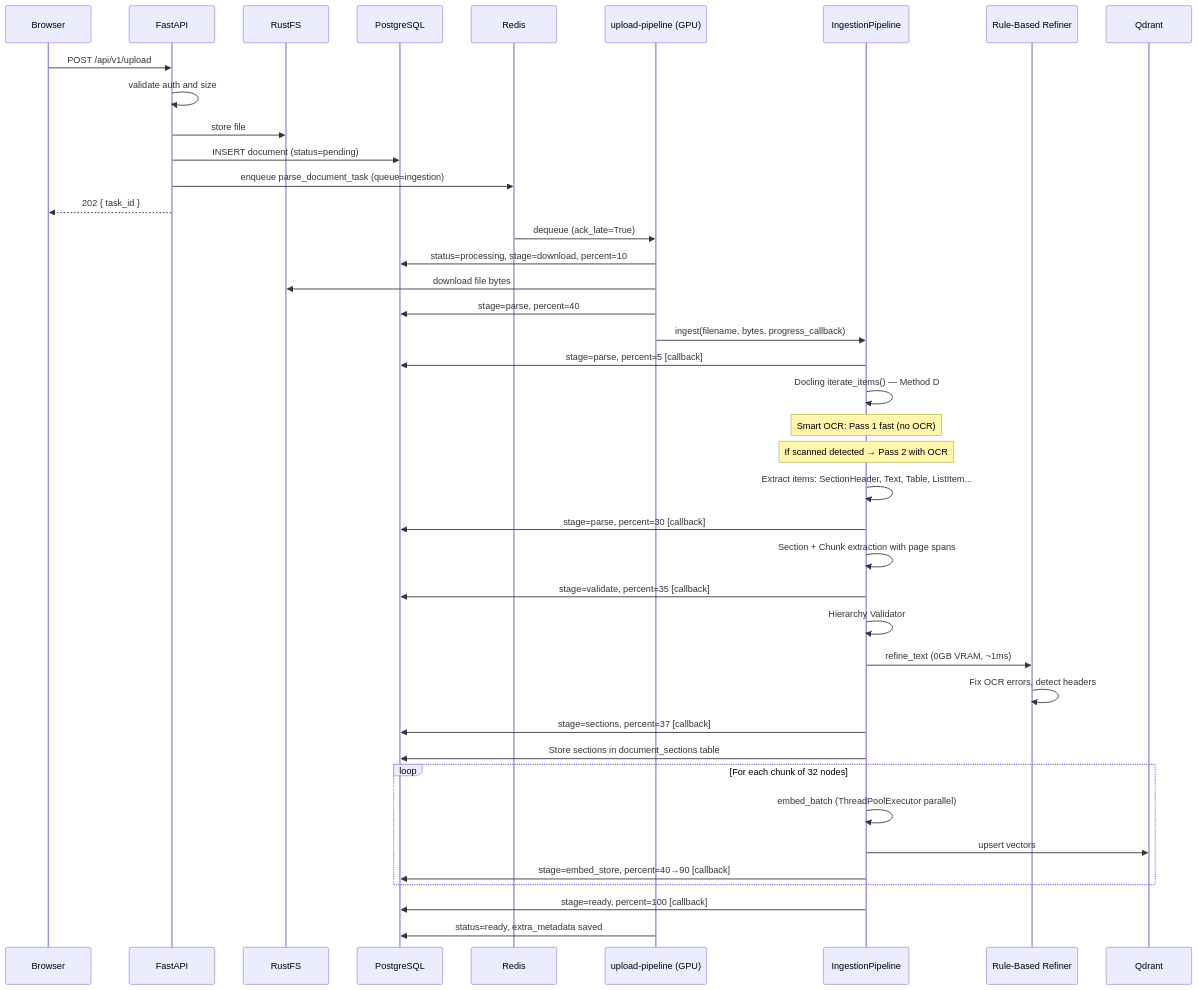
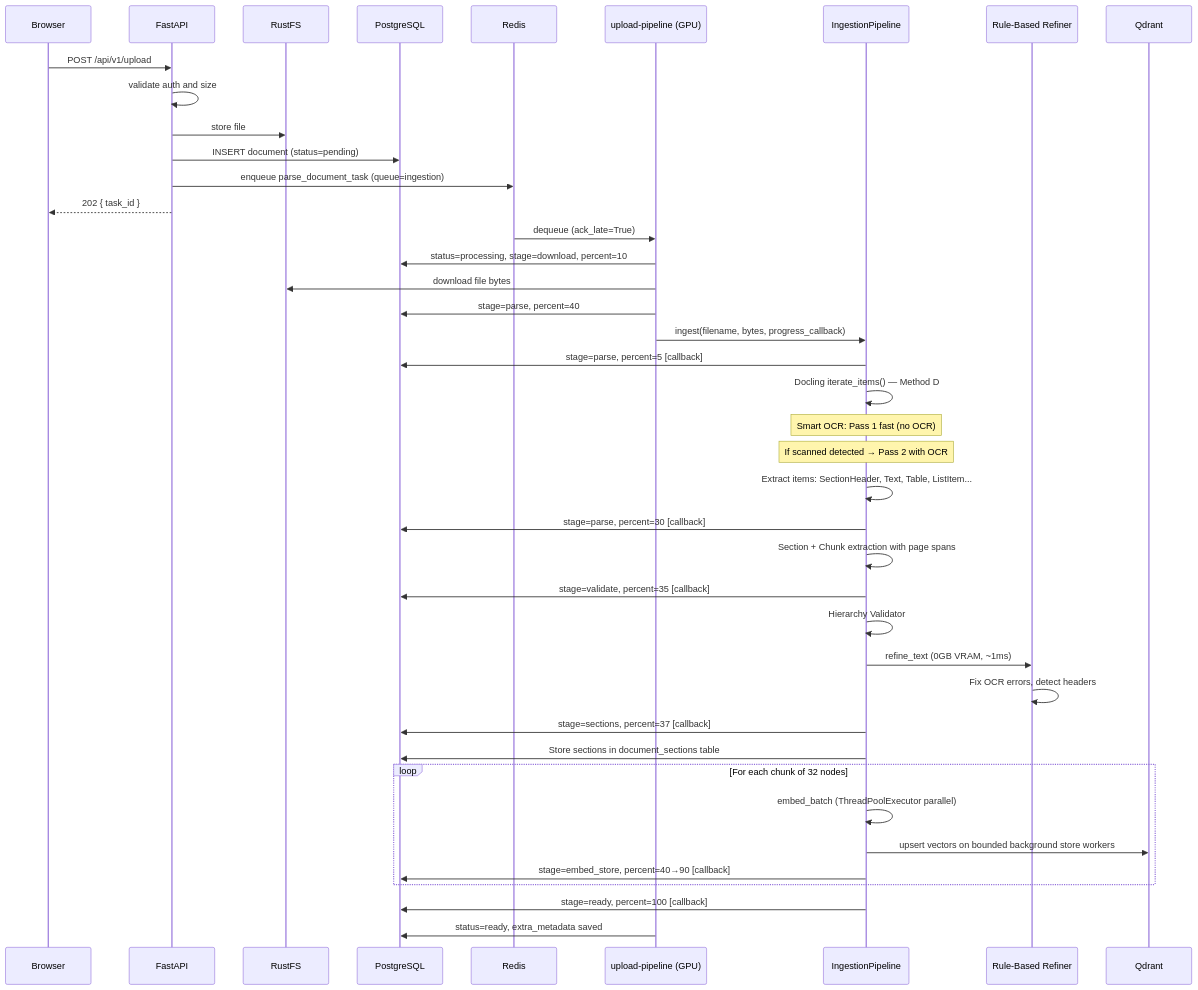
Before and after one commit to qtuanph/chatbot-rag: the first of 4 diagrams in docs/03_CORE_WORKFLOWS.md, drawn with Mermaid. The commit also changed other lines of this file and 18 other files, not shown here.

````diff
--- a/docs/03_CORE_WORKFLOWS.md
+++ b/docs/03_CORE_WORKFLOWS.md
@@ -7,49 +7,49 @@
 ```mermaid
 sequenceDiagram
     participant Browser
     participant API as FastAPI
     participant RustFS
     participant DB as PostgreSQL
     participant Redis
     participant Worker as upload-pipeline (GPU)
     participant Pipeline as IngestionPipeline
     participant Refiner as Rule-Based Refiner
     participant Qdrant
 
     Browser->>API: POST /api/v1/upload
     API->>API: validate auth and size
     API->>RustFS: store file
     API->>DB: INSERT document (status=pending)
     API->>Redis: enqueue parse_document_task (queue=ingestion)
     API-->>Browser: 202 { task_id }
 
     Redis->>Worker: dequeue (ack_late=True)
     Worker->>DB: status=processing, stage=download, percent=10
     Worker->>RustFS: download file bytes
 
     Worker->>DB: stage=parse, percent=40
     Worker->>Pipeline: ingest(filename, bytes, progress_callback)
 
     Pipeline->>DB: stage=parse, percent=5  [callback]
     Pipeline->>Pipeline: Docling iterate_items() — Method D
     Note over Pipeline: Smart OCR: Pass 1 fast (no OCR)
     Note over Pipeline: If scanned detected → Pass 2 with OCR
     Pipeline->>Pipeline: Extract items: SectionHeader, Text, Table, ListItem...
     Pipeline->>DB: stage=parse, percent=30 [callback]
     Pipeline->>Pipeline: Section + Chunk extraction with page spans
     Pipeline->>DB: stage=validate, percent=35 [callback]
     Pipeline->>Pipeline: Hierarchy Validator
     Pipeline->>Refiner: refine_text (0GB VRAM, ~1ms)
     Refiner->>Refiner: Fix OCR errors, detect headers
     Pipeline->>DB: stage=sections, percent=37 [callback]
     Pipeline->>DB: Store sections in document_sections table
 
     loop For each chunk of 32 nodes
         Pipeline->>Pipeline: embed_batch (ThreadPoolExecutor parallel)
-        Pipeline->>Qdrant: upsert vectors
+        Pipeline->>Qdrant: upsert vectors on bounded background store workers
         Pipeline->>DB: stage=embed_store, percent=40→90 [callback]
     end
 
     Pipeline->>DB: stage=ready, percent=100 [callback]
     Worker->>DB: status=ready, extra_metadata saved
 ```
````
